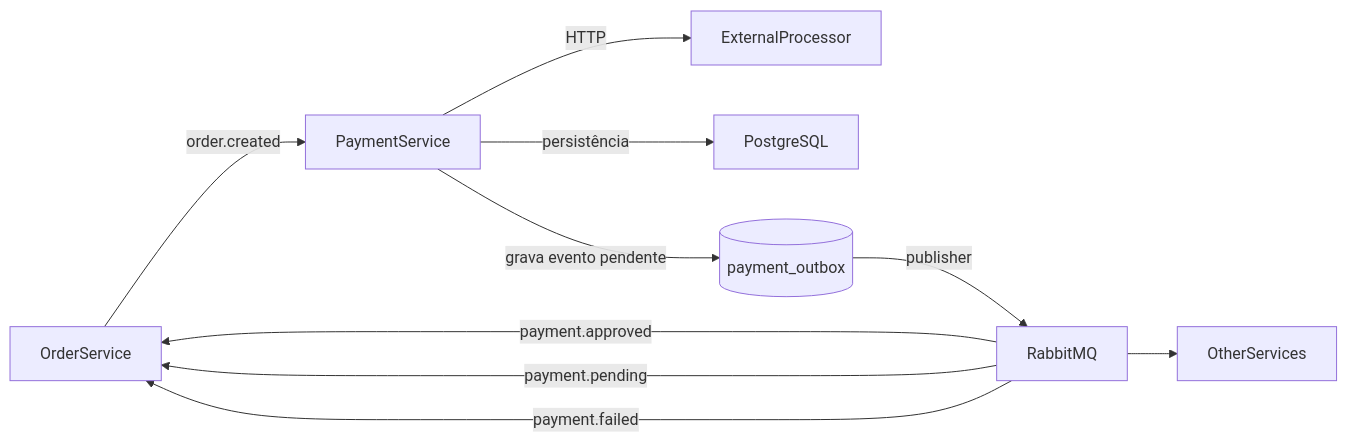
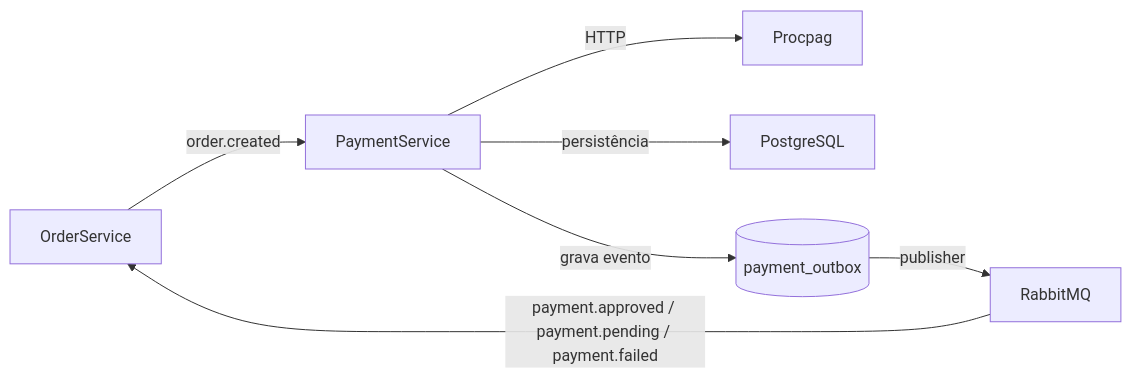
One commit to alex-dev-br/restaurant-payment-service changed the first of 4 diagrams in README.md. Above: the diagram before and after it, drawn with Mermaid. The commit also changed other lines of this file, not shown here.

````diff
--- a/README.md
+++ b/README.md
@@ -147,16 +72,9 @@
 ```mermaid
 flowchart LR
-
-OrderService -->|order.created| PaymentService
-
-PaymentService -->|HTTP| ExternalProcessor
-PaymentService -->|persistência| PostgreSQL
-PaymentService -->|grava evento pendente| Outbox[(payment_outbox)]
-
-Outbox -->|publisher| RabbitMQ
-
-RabbitMQ -->|payment.approved| OrderService
-RabbitMQ -->|payment.pending| OrderService
-RabbitMQ -->|payment.failed| OrderService
-RabbitMQ --> OtherServices
+    OrderService -->|order.created| PaymentService
+    PaymentService -->|HTTP| Procpag
+    PaymentService -->|persistência| PostgreSQL
+    PaymentService -->|grava evento| Outbox[(payment_outbox)]
+    Outbox -->|publisher| RabbitMQ
+    RabbitMQ -->|payment.approved / payment.pending / payment.failed| OrderService
 ```
````
